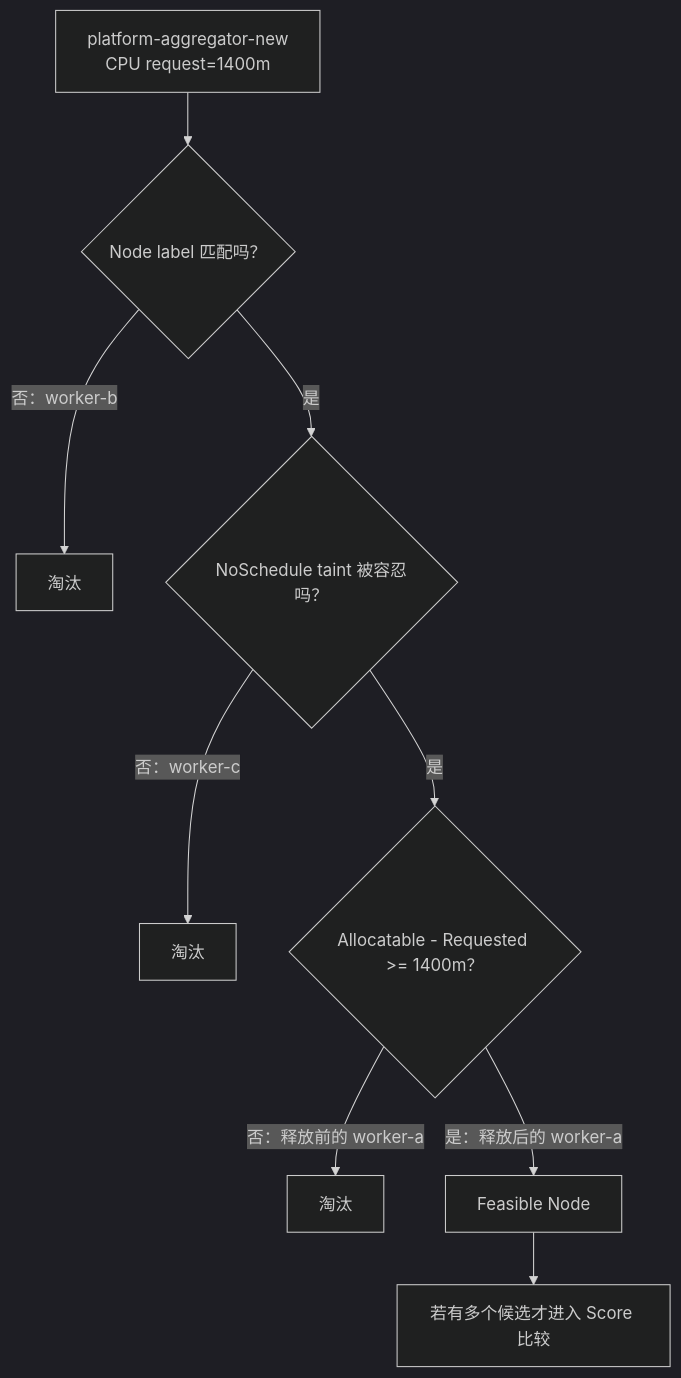
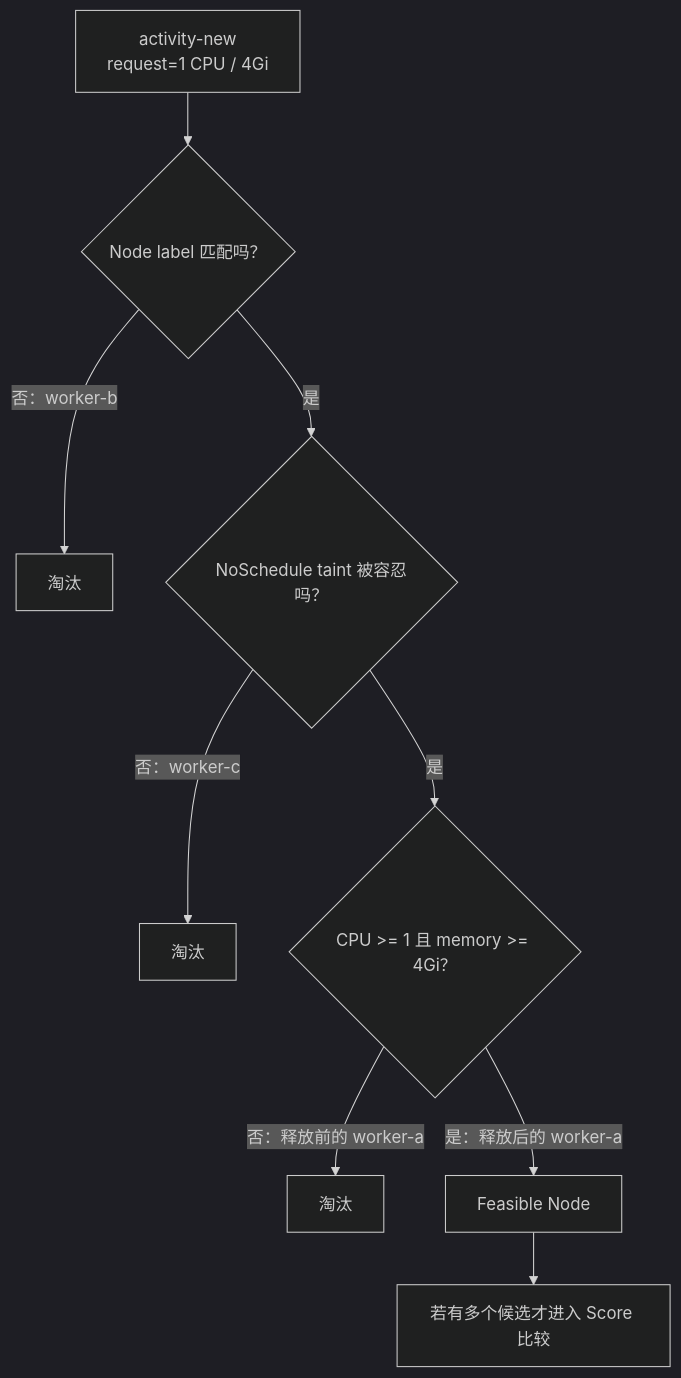
One commit to zz-datou/k8s_plat_gpu changed the second of 18 diagrams in 07_正式学习讲义/专题/01_Kubernetes_Scheduler从生产实战到业务平台_GPU与源码全景_新手独立讲义.md. Above: the diagram before and after it, drawn with Mermaid (dark theme). The commit also changed other lines of this file, not shown here.

````diff
--- a/07_正式学习讲义/专题/01_Kubernetes_Scheduler从生产实战到业务平台_GPU与源码全景_新手独立讲义.md
+++ b/07_正式学习讲义/专题/01_Kubernetes_Scheduler从生产实战到业务平台_GPU与源码全景_新手独立讲义.md
@@ -518,11 +474,11 @@
 ```mermaid
 flowchart TD
-    P["platform-aggregator-new<br/>CPU request=1400m"] --> A{"Node label 匹配吗？"}
+    P["activity-new<br/>request=1 CPU / 4Gi"] --> A{"Node label 匹配吗？"}
     A -- "否：worker-b" --> X1["淘汰"]
     A -- "是" --> B{"NoSchedule taint 被容忍吗？"}
     B -- "否：worker-c" --> X2["淘汰"]
-    B -- "是" --> C{"Allocatable - Requested >= 1400m？"}
+    B -- "是" --> C{"CPU >= 1 且 memory >= 4Gi？"}
     C -- "否：释放前的 worker-a" --> X3["淘汰"]
     C -- "是：释放后的 worker-a" --> F["Feasible Node"]
     F --> S["若有多个候选才进入 Score 比较"]
 ```
````
